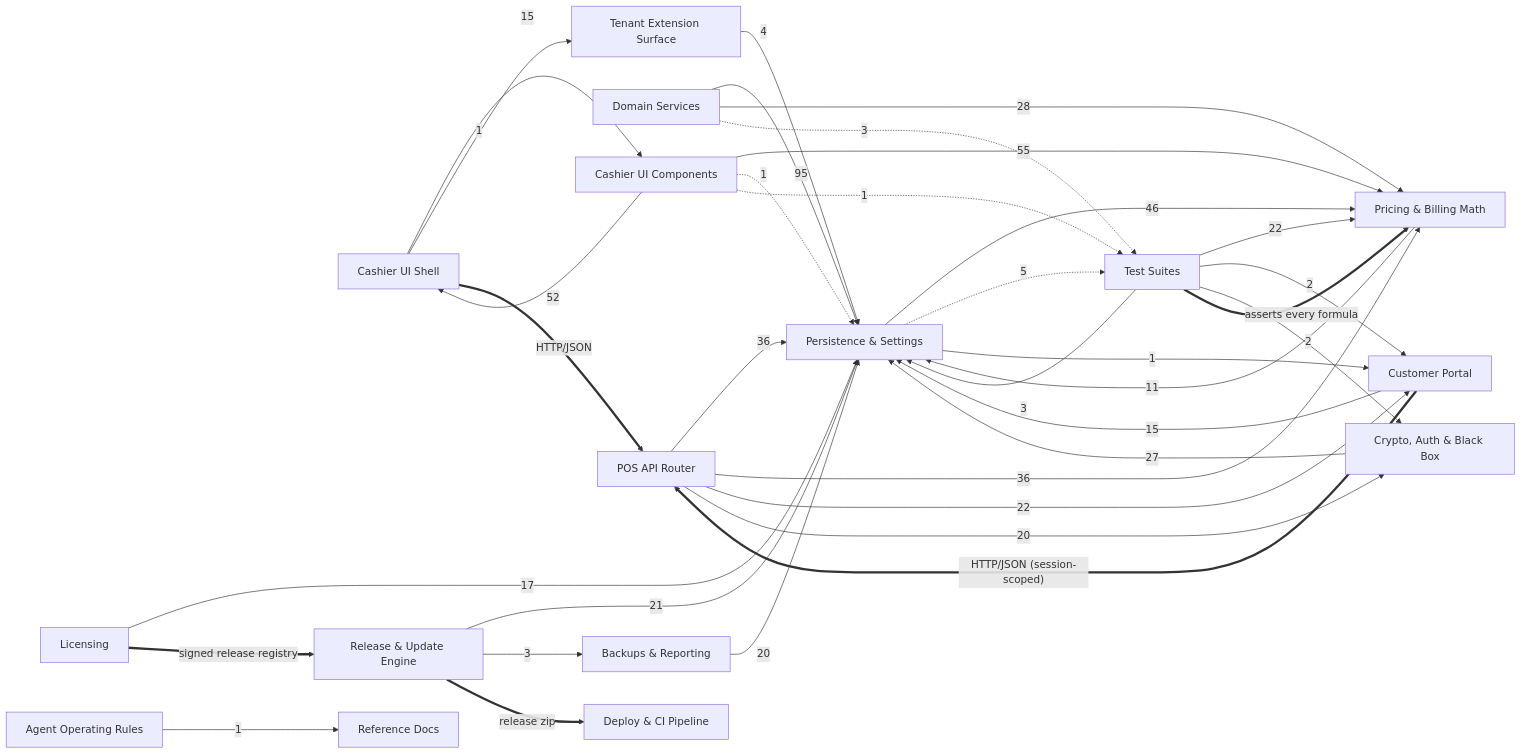
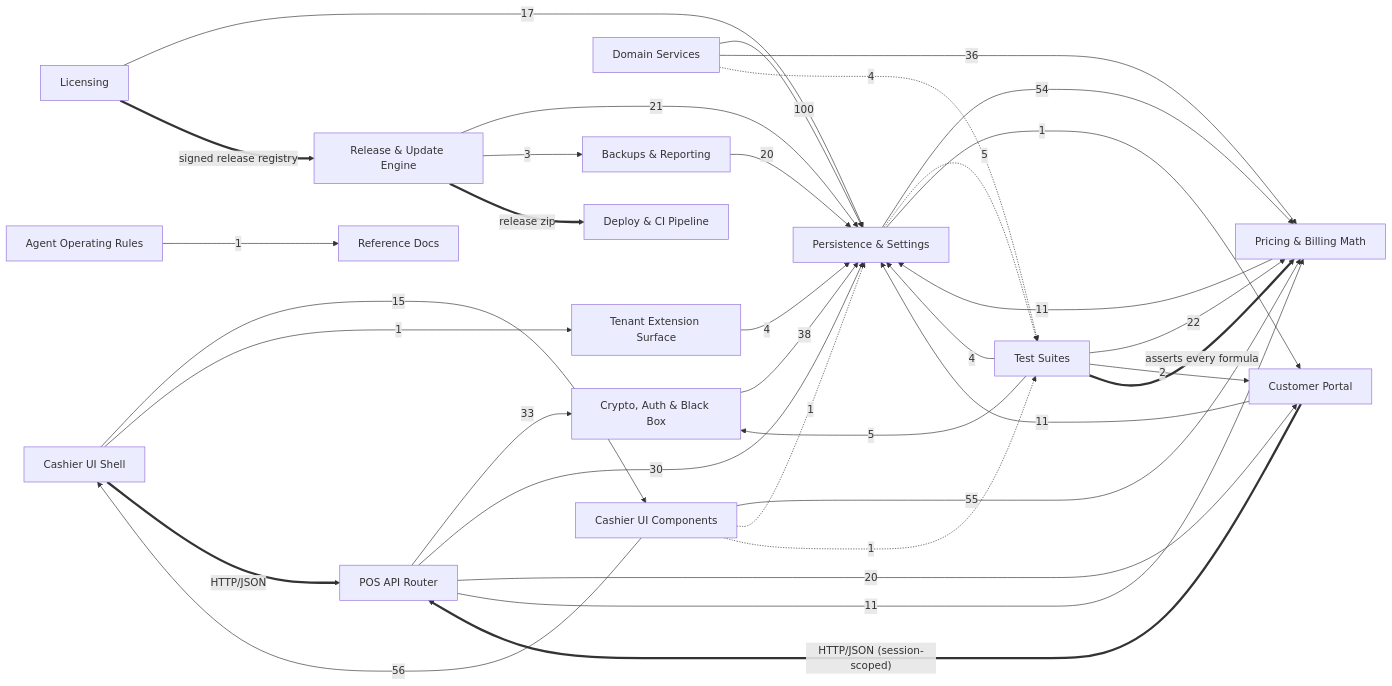
The second of 2 diagrams in docs/brain/BRAIN.md (Vishalnayak226/gold_pos), drawn with Mermaid before and after one commit. The commit also changed other lines of this file and 25 other files, not shown here.

````diff
--- a/docs/brain/BRAIN.md
+++ b/docs/brain/BRAIN.md
@@ -94,53 +94,53 @@
 ```mermaid
 flowchart LR
   pos_api["POS API Router"]
+  security["Crypto, Auth & Black Box"]
   persistence["Persistence & Settings"]
+  customer_portal["Customer Portal"]
   pricing["Pricing & Billing Math"]
-  customer_portal["Customer Portal"]
-  security["Crypto, Auth & Black Box"]
   tests["Test Suites"]
   domain_services["Domain Services"]
   pos_ui["Cashier UI Shell"]
   pos_components["Cashier UI Components"]
   extensions["Tenant Extension Surface"]
   licensing["Licensing"]
   updates["Release & Update Engine"]
   maintenance["Backups & Reporting"]
   agent_config["Agent Operating Rules"]
   reference["Reference Docs"]
   deploy["Deploy & CI Pipeline"]
-  pos_api -->|"36"| persistence
-  pos_api -->|"36"| pricing
-  pos_api -->|"22"| customer_portal
-  pos_api -->|"20"| security
-  persistence -->|"46"| pricing
+  pos_api -->|"33"| security
+  pos_api -->|"30"| persistence
+  pos_api -->|"20"| customer_portal
+  pos_api -->|"11"| pricing
+  persistence -->|"54"| pricing
   persistence -.->|"5"| tests
   persistence -->|"1"| customer_portal
-  domain_services -->|"95"| persistence
-  domain_services -->|"28"| pricing
-  domain_services -.->|"3"| tests
+  domain_services -->|"100"| persistence
+  domain_services -->|"36"| pricing
+  domain_services -.->|"4"| tests
   pricing -->|"11"| persistence
   pos_ui -->|"15"| pos_components
   pos_ui -->|"1"| extensions
+  pos_components -->|"56"| pos_ui
   pos_components -->|"55"| pricing
-  pos_components -->|"52"| pos_ui
   pos_components -.->|"1"| persistence
   pos_components -.->|"1"| tests
-  customer_portal -->|"15"| persistence
+  customer_portal -->|"11"| persistence
   licensing -->|"17"| persistence
   updates -->|"21"| persistence
   updates -->|"3"| maintenance
-  security -->|"27"| persistence
+  security -->|"38"| persistence
   extensions -->|"4"| persistence
   maintenance -->|"20"| persistence
   tests -->|"22"| pricing
-  tests -->|"3"| persistence
+  tests -->|"5"| security
+  tests -->|"4"| persistence
   tests -->|"2"| customer_portal
-  tests -->|"2"| security
   agent_config -->|"1"| reference
   pos_ui ==>|"HTTP/JSON"| pos_api
   customer_portal ==>|"HTTP/JSON (session-scoped)"| pos_api
   licensing ==>|"signed release registry"| updates
   updates ==>|"release zip"| deploy
   tests ==>|"asserts every formula"| pricing
 ```
````
